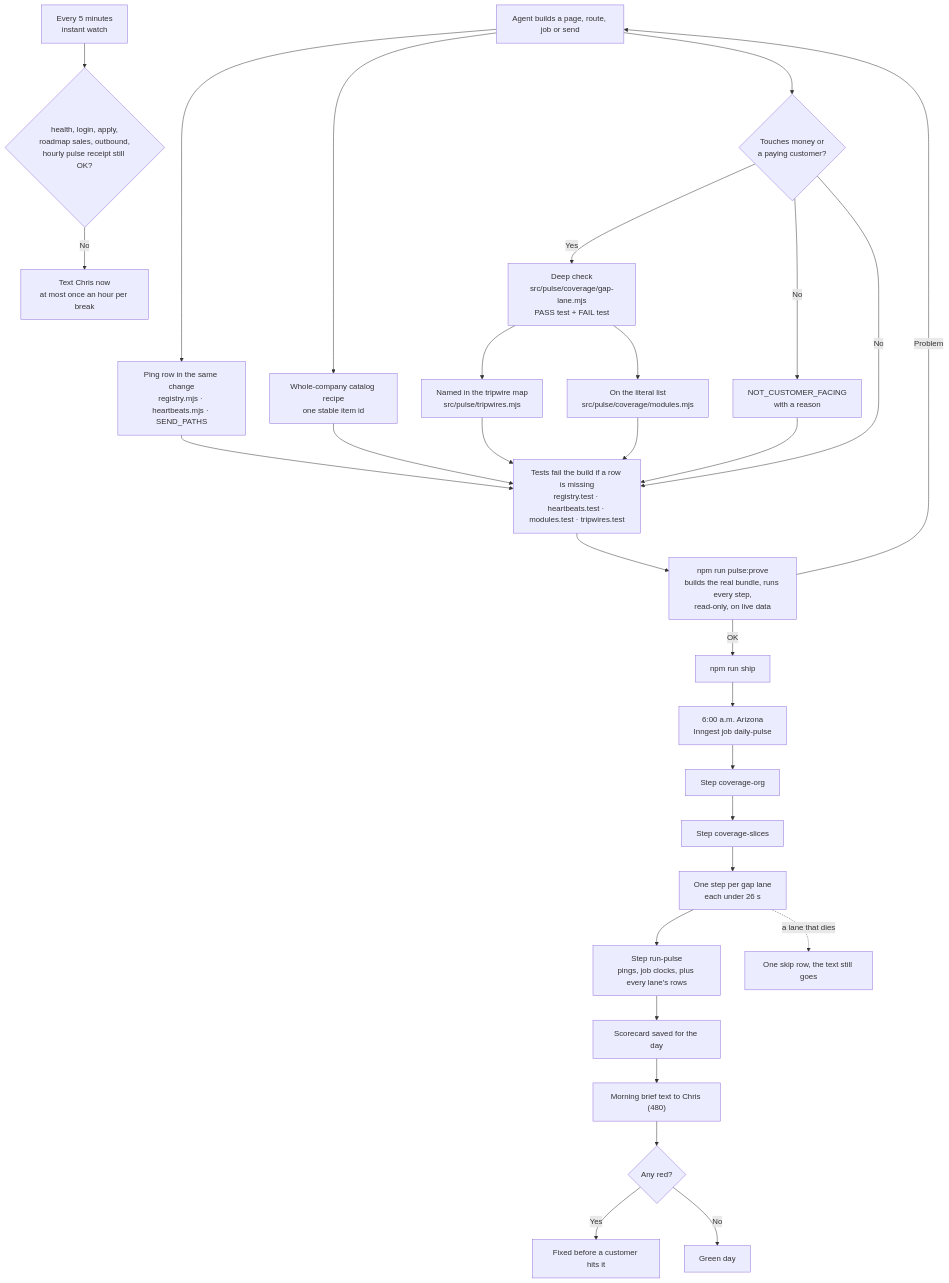
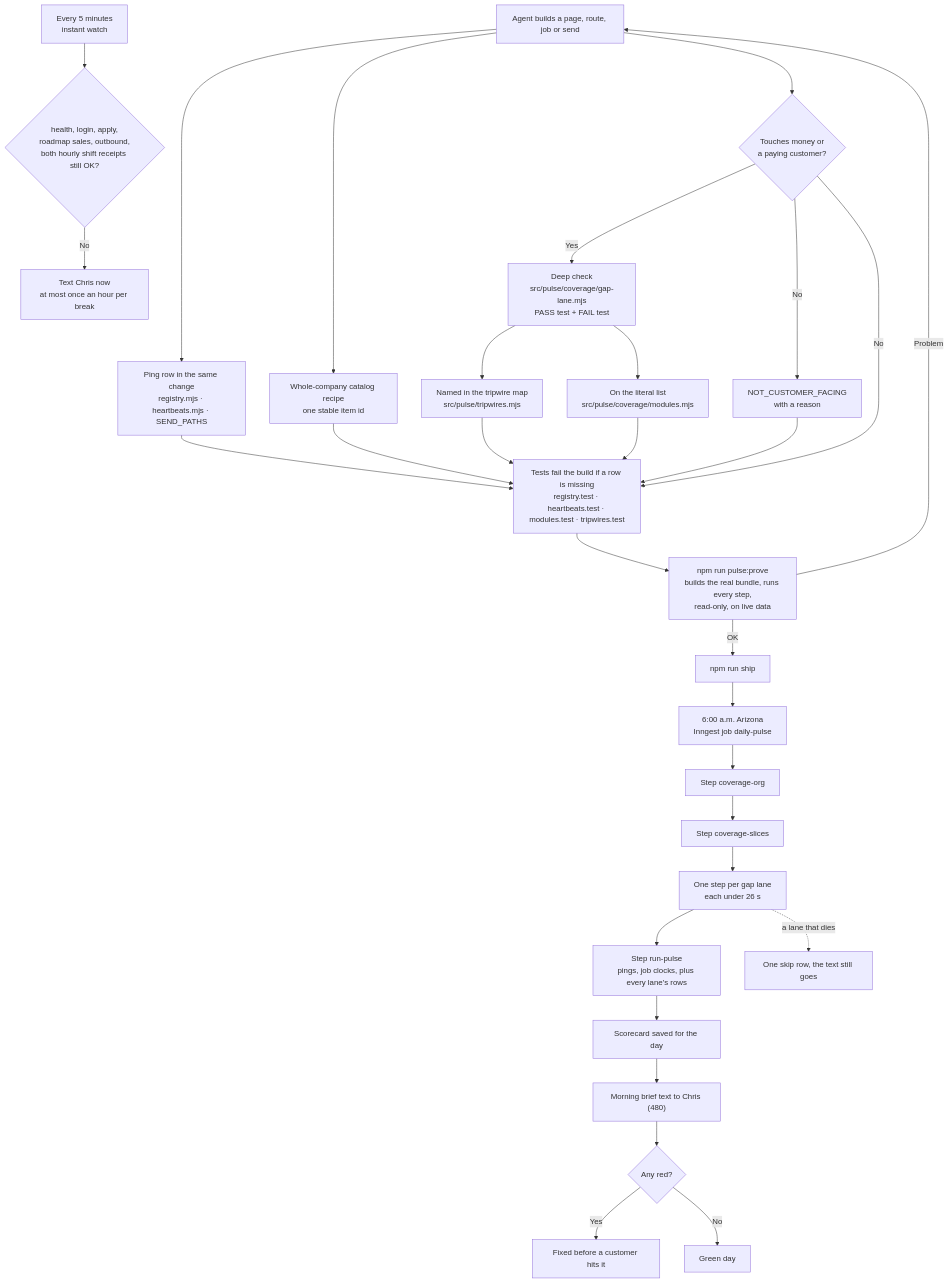
Before and after one commit to ZootimusMaximusSupreme/fundhub-platform: the first of 5 diagrams in docs/journeys/heartbeat-flow.md, drawn with Mermaid. The commit also changed other lines of this file and 3 other files, not shown here.

Commit message:
Pulse hourly capacity: heartbeat picture, changelog and capacity board show the two shifts

````diff
--- a/docs/journeys/heartbeat-flow.md
+++ b/docs/journeys/heartbeat-flow.md
@@ -48,35 +48,35 @@
 ```mermaid
 flowchart TD
     BUILD["Agent builds a page, route, job or send"] --> PING["Ping row in the same change<br/>registry.mjs · heartbeats.mjs · SEND_PATHS"]
     BUILD --> CATALOG["Whole-company catalog recipe<br/>one stable item id"]
     BUILD --> MONEY{"Touches money or<br/>a paying customer?"}
     MONEY -->|Yes| DEEP["Deep check<br/>src/pulse/coverage/gap-lane.mjs<br/>PASS test + FAIL test"]
     DEEP --> MAP["Named in the tripwire map<br/>src/pulse/tripwires.mjs"]
     MONEY -->|No| NCF["NOT_CUSTOMER_FACING<br/>with a reason"]
     MAP --> TESTS
     NCF --> TESTS
     MONEY -->|No| TESTS
     DEEP --> LIST["On the literal list<br/>src/pulse/coverage/modules.mjs"]
     PING --> TESTS["Tests fail the build if a row is missing<br/>registry.test · heartbeats.test · modules.test · tripwires.test"]
     CATALOG --> TESTS
     LIST --> TESTS
     TESTS --> PROVE["npm run pulse:prove<br/>builds the real bundle, runs every step,<br/>read-only, on live data"]
     PROVE -->|OK| SHIP["npm run ship"]
     PROVE -->|Problem| BUILD
 
     SHIP --> SIX["6:00 a.m. Arizona<br/>Inngest job daily-pulse"]
     SIX --> ORG["Step coverage-org"]
     ORG --> SLICES["Step coverage-slices"]
     SLICES --> LANES["One step per gap lane<br/>each under 26 s"]
     LANES --> RUN["Step run-pulse<br/>pings, job clocks, plus every lane's rows"]
     RUN --> CARD["Scorecard saved for the day"]
     CARD --> TEXT["Morning brief text to Chris (480)"]
     TEXT --> RED{"Any red?"}
     RED -->|Yes| FIX["Fixed before a customer hits it"]
     RED -->|No| GREEN["Green day"]
 
     LANES -.->|a lane that dies| SKIP["One skip row, the text still goes"]
 
-    FIVE["Every 5 minutes<br/>instant watch"] --> CRIT{"health, login, apply,<br/>roadmap sales, outbound,<br/>hourly pulse receipt still OK?"}
+    FIVE["Every 5 minutes<br/>instant watch"] --> CRIT{"health, login, apply,<br/>roadmap sales, outbound,<br/>both hourly shift receipts still OK?"}
     CRIT -->|No| NOW["Text Chris now<br/>at most once an hour per break"]
 ```
````
